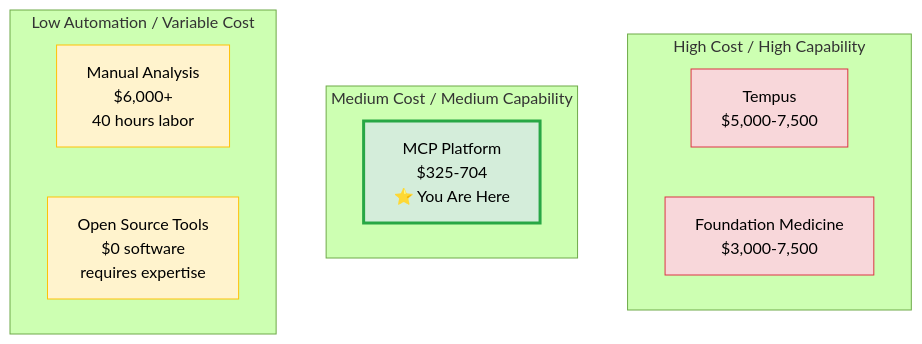
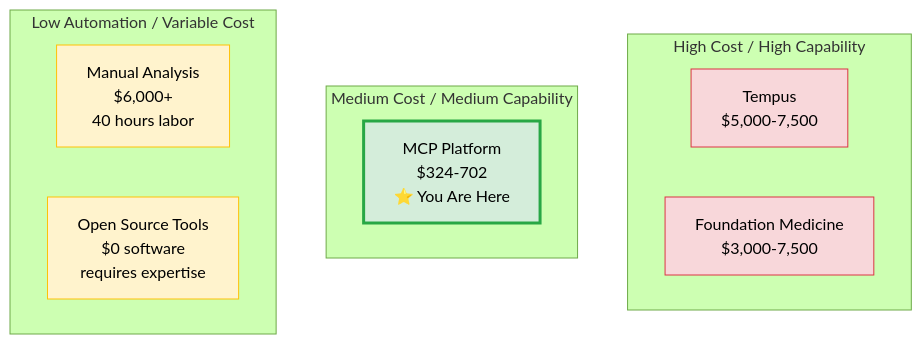
One commit to raymond301/precision-medicine-mcp changed the diagram in docs/for-funders/COMPETITIVE_LANDSCAPE.md. Above: the diagram before and after it, drawn with Mermaid (forest theme). The commit also changed other lines of this file and 18 other files, not shown here.

````diff
--- a/docs/for-funders/COMPETITIVE_LANDSCAPE.md
+++ b/docs/for-funders/COMPETITIVE_LANDSCAPE.md
@@ -23,22 +23,22 @@
 ```mermaid
 graph TD
     subgraph "High Cost / High Capability"
         TEMP[Tempus<br/>$5,000-7,500]
         FOUND[Foundation Medicine<br/>$3,000-7,500]
     end
 
     subgraph "Medium Cost / Medium Capability"
-        THIS[MCP Platform<br/>$325-704<br/>⭐ You Are Here]
+        THIS[MCP Platform<br/>$324-702<br/>⭐ You Are Here]
     end
 
     subgraph "Low Automation / Variable Cost"
         MANUAL[Manual Analysis<br/>$6,000+<br/>40 hours labor]
         OPEN[Open Source Tools<br/>$0 software<br/>requires expertise]
     end
 
     style THIS fill:#d4edda,stroke:#28a745,stroke-width:3px
     style TEMP fill:#f8d7da,stroke:#dc3545
     style FOUND fill:#f8d7da,stroke:#dc3545
     style MANUAL fill:#fff3cd,stroke:#ffc107
     style OPEN fill:#fff3cd,stroke:#ffc107
 ```
````
